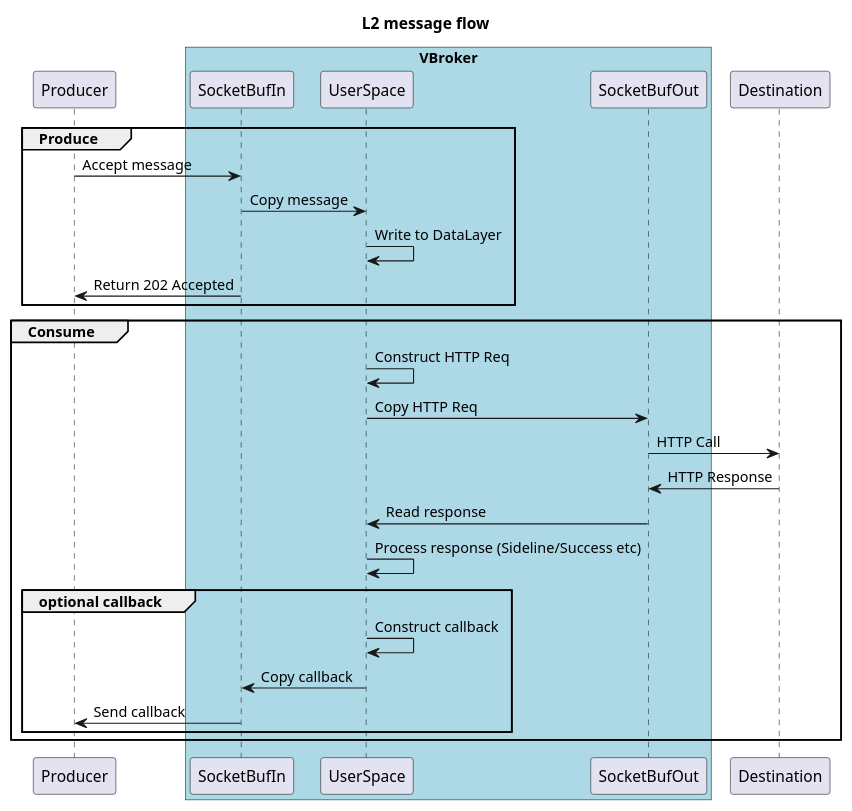
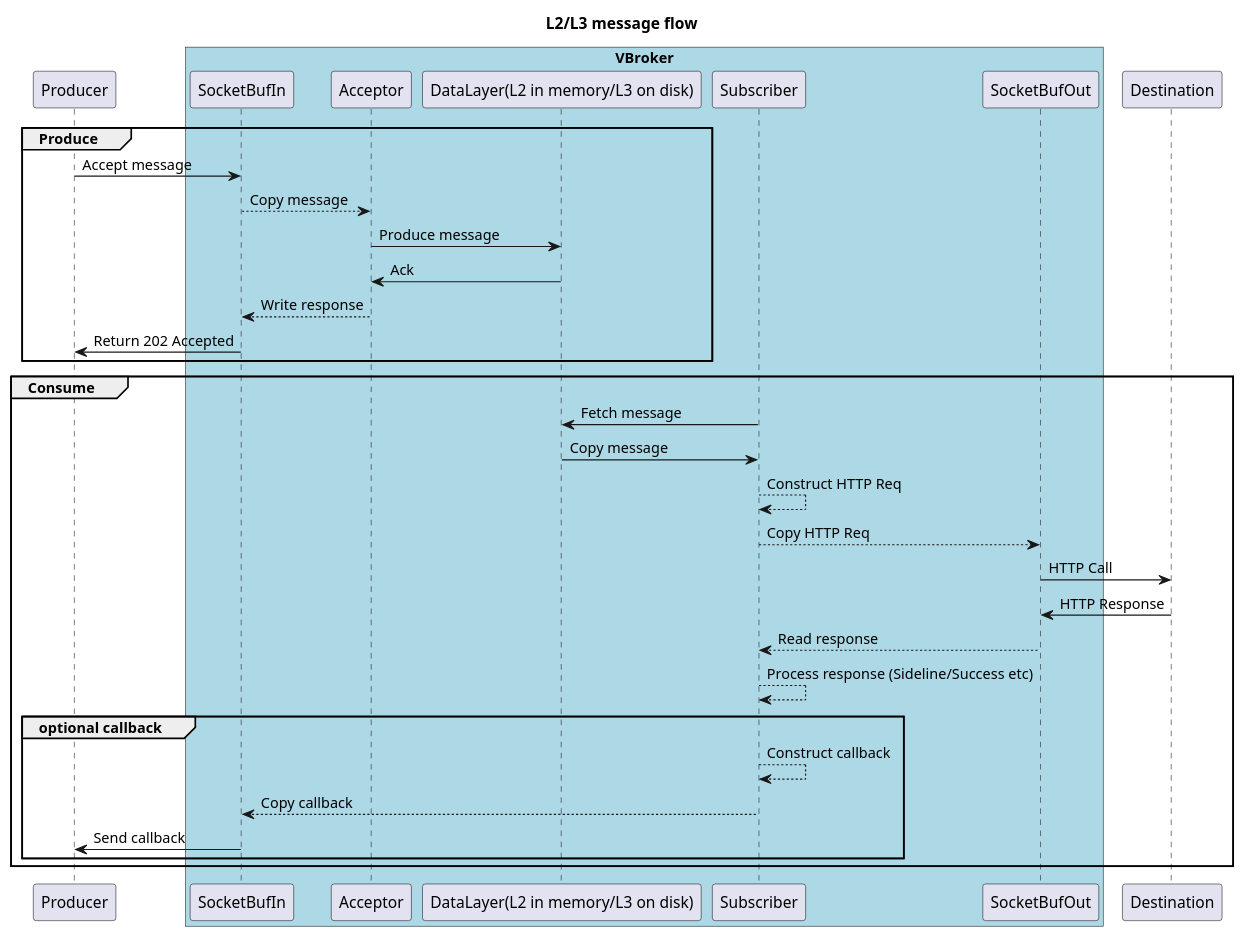
One commit to flipkart-incubator/vbroker changed the diagram in docs/seq_diagrams/L2_seq.puml. Above: the diagram before and after it, drawn with PlantUML.

Commit message:
Added basic seq diagrams

```diff
--- a/docs/seq_diagrams/L2_seq.puml
+++ b/docs/seq_diagrams/L2_seq.puml
@@ -1,27 +1,34 @@
 @startuml
-title L2 message flow
+title L2/L3 message flow
 group Produce
 Producer -> SocketBufIn : Accept message
 box "VBroker" #LightBlue
     participant SocketBufIn
-    participant UserSpace
+    participant Acceptor
+    participant "DataLayer(L2 in memory/L3 on disk)"
+    participant Subscriber
     participant SocketBufOut
 end box
-SocketBufIn -> UserSpace : Copy message
-UserSpace -> UserSpace : Write to DataLayer
+SocketBufIn --> Acceptor : Copy message
+Acceptor -> "DataLayer(L2 in memory/L3 on disk)" : Produce message
+"DataLayer(L2 in memory/L3 on disk)" -> Acceptor : Ack
+Acceptor --> SocketBufIn : Write response
 SocketBufIn -> Producer : Return 202 Accepted
 end
 group Consume
-UserSpace -> UserSpace : Construct HTTP Req
-UserSpace -> SocketBufOut : Copy HTTP Req
+Subscriber -> "DataLayer(L2 in memory/L3 on disk)" : Fetch message
+"DataLayer(L2 in memory/L3 on disk)" -> Subscriber : Copy message
+
+Subscriber --> Subscriber : Construct HTTP Req
+Subscriber --> SocketBufOut : Copy HTTP Req
 SocketBufOut -> Destination : HTTP Call
 Destination -> SocketBufOut : HTTP Response
-SocketBufOut -> UserSpace : Read response
-UserSpace -> UserSpace : Process response (Sideline/Success etc)
+SocketBufOut --> Subscriber : Read response
+Subscriber --> Subscriber : Process response (Sideline/Success etc)
     group optional callback
-    UserSpace -> UserSpace : Construct callback
-    UserSpace -> SocketBufIn : Copy callback
+    Subscriber --> Subscriber : Construct callback
+    Subscriber --> SocketBufIn : Copy callback
     SocketBufIn -> Producer : Send callback
     end
 end
 @enduml
```
